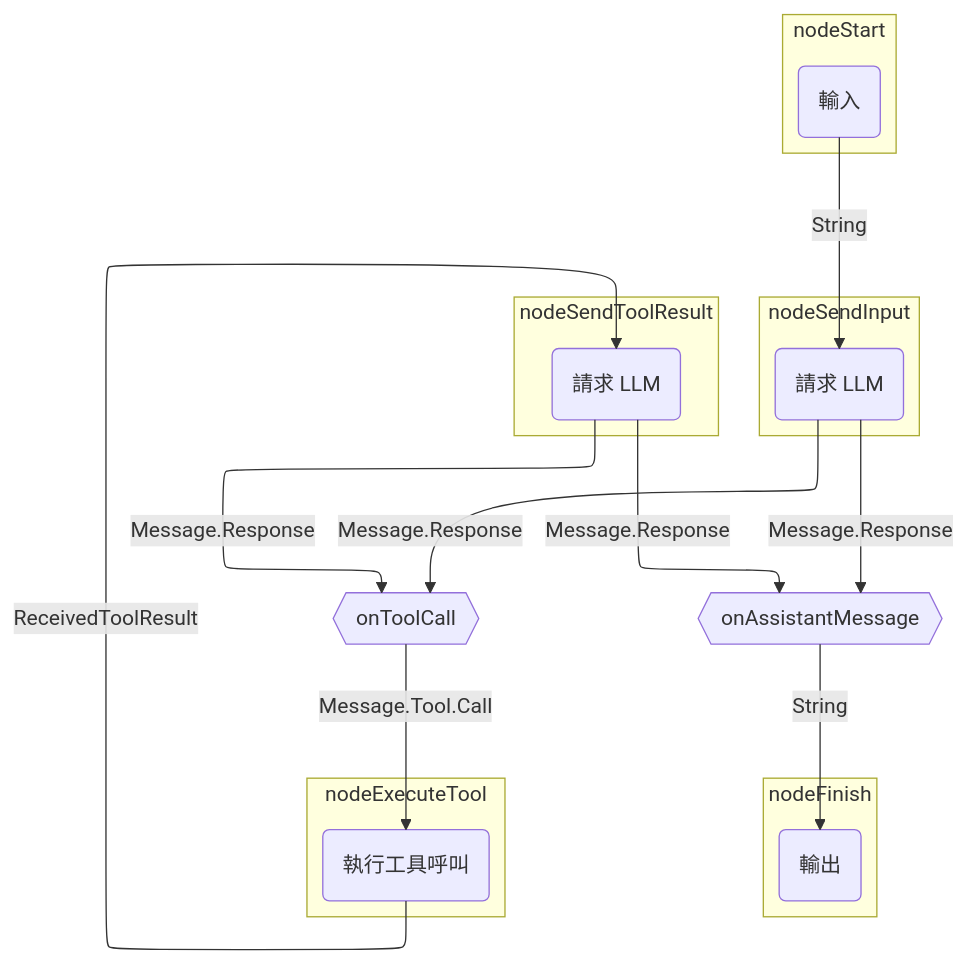
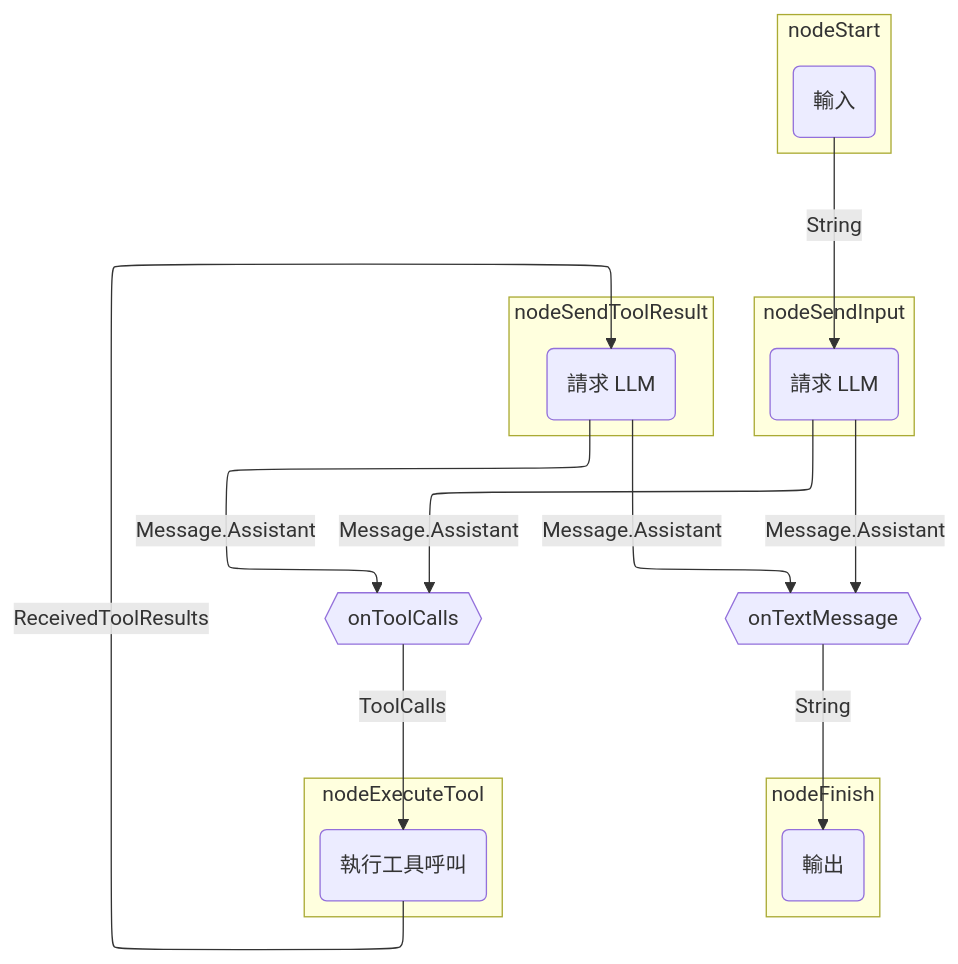
The first of 2 diagrams in docs/zh-Hant/koog/agents/graph-based-agents.md (BinaryTape/Open-Docs), drawn with Mermaid before and after one commit. The commit also changed other lines of this file and 565 other files, not shown here.

````diff
--- a/docs/zh-Hant/koog/agents/graph-based-agents.md
+++ b/docs/zh-Hant/koog/agents/graph-based-agents.md
@@ -31,35 +31,35 @@
 ```mermaid
 ---
 config:
   flowchart:
     defaultRenderer: "elk"
 ---
 graph TB
     subgraph nodeStart
         Input(輸入)
     end
     
     subgraph nodeFinish
         Output(輸出)
     end
     
     subgraph nodeSendInput
         llmRequest(請求 LLM)
     end
     
     subgraph nodeExecuteTool
         executeTool(執行工具呼叫)
     end
     
     subgraph nodeSendToolResult
         sendToolResult(請求 LLM)
     end
     
     Input --String--> llmRequest
-    llmRequest --Message.Response--> onToolCall{{onToolCall}}
-    llmRequest --Message.Response--> onAssistantMessage{{onAssistantMessage}}
-    onAssistantMessage --String--> Output
-    onToolCall --Message.Tool.Call--> executeTool --ReceivedToolResult--> sendToolResult
-    sendToolResult --Message.Response--> onToolCall
-    sendToolResult --Message.Response--> onAssistantMessage
+    llmRequest --Message.Assistant--> onToolCalls{{onToolCalls}}
+    llmRequest --Message.Assistant--> onTextMessage{{onTextMessage}}
+    onTextMessage --String--> Output
+    onToolCalls --ToolCalls--> executeTool --ReceivedToolResults--> sendToolResult
+    sendToolResult --Message.Assistant--> onToolCalls
+    sendToolResult --Message.Assistant--> onTextMessage
 ```
````
